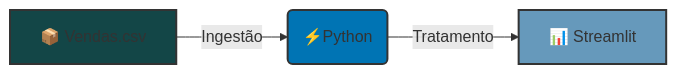
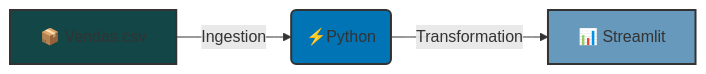
One commit to MatheusRodri/analytics-airbnb-data changed the diagram in readme.md. Above: the diagram before and after it, drawn with Mermaid.

````diff
--- a/readme.md
+++ b/readme.md
@@ -21,10 +21,10 @@
 ```mermaid
 graph LR
-    A[📦 Vendas.csv] -->| Ingestão | B(⚡Python) 
-    B -->|Tratamento| C[📊 Streamlit]
+    A[📦 Vendas.csv] -->| Ingestion | B(⚡Python) 
+    B -->|Transformation| C[📊 Streamlit]
     
     style A fill:#134647,stroke:#333,stroke-width:2px
     style B fill:#0074b4,stroke:#333,stroke-width:2px
     style C fill:#69b,stroke:#333,stroke-width:2px
 
 ```
````
